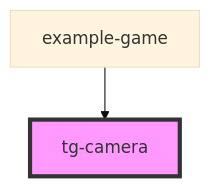
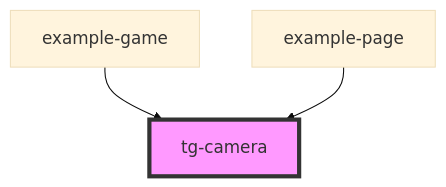
Before and after one commit to Scan0815/tg-engine: the diagram in src/components/engine/tg-camera/readme.md, drawn with Mermaid (base theme). The commit also changed other lines of this file and 12 other files, not shown here.

````diff
--- a/src/components/engine/tg-camera/readme.md
+++ b/src/components/engine/tg-camera/readme.md
@@ -25,5 +26,6 @@
 ```mermaid
 graph TD;
   example-game --> tg-camera
+  example-page --> tg-camera
   style tg-camera fill:#f9f,stroke:#333,stroke-width:4px
 ```
````
